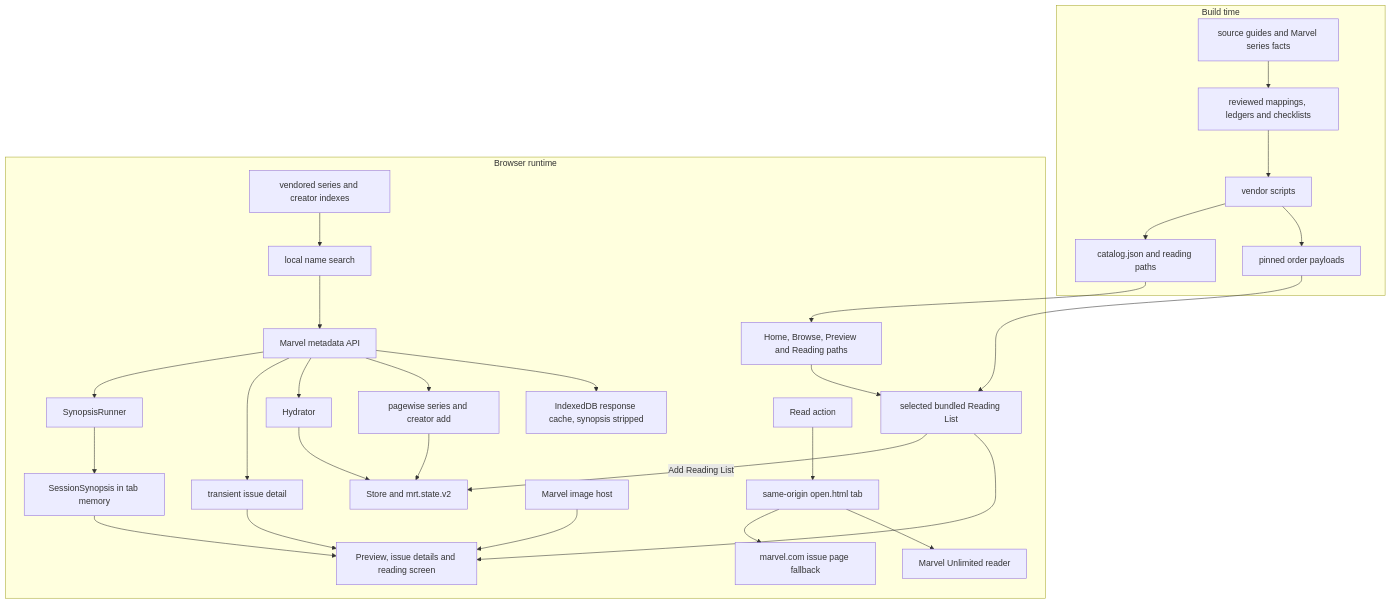
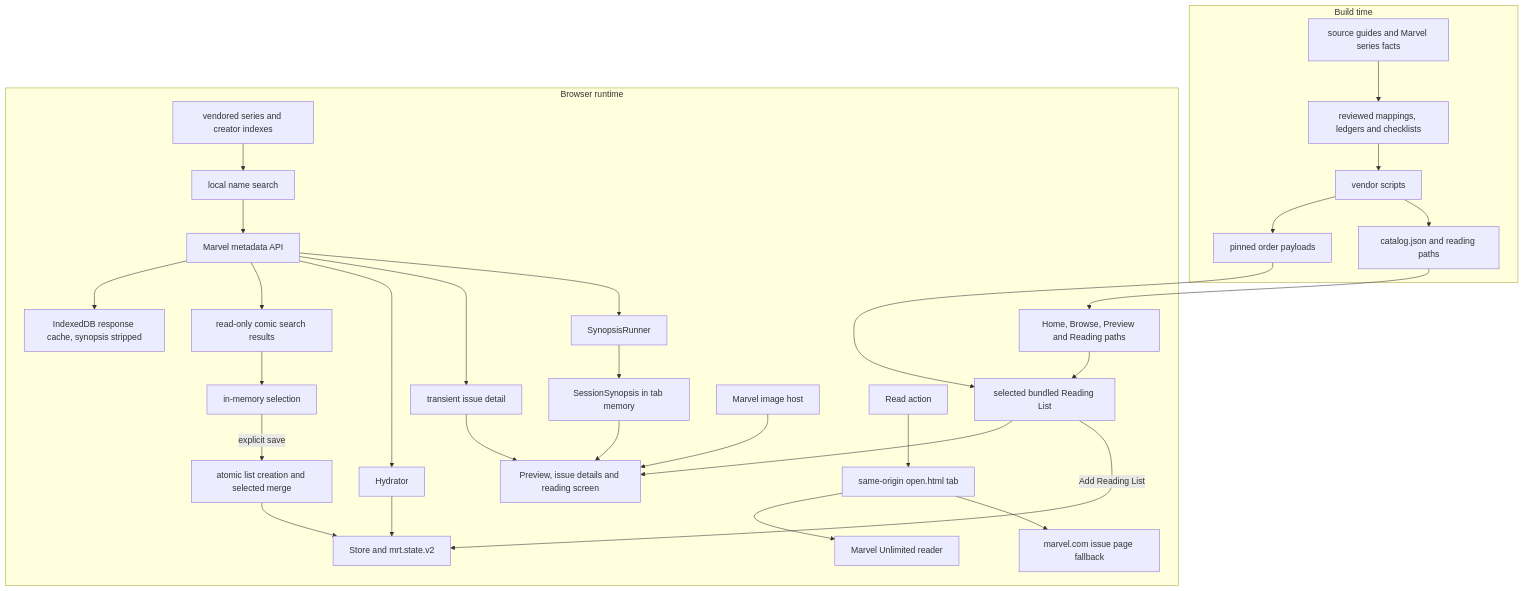
The third of 6 diagrams in docs/ARCHITECTURE.md (raymond-nassar/recap-page), drawn with Mermaid before and after one commit. The commit also changed other lines of this file and 18 other files, not shown here.

First line of the commit message:
feat(views): build Reading Lists from selected search results

````diff
--- a/docs/ARCHITECTURE.md
+++ b/docs/ARCHITECTURE.md
@@ -144,36 +144,38 @@
 ```mermaid
 flowchart TD
   subgraph build["Build time"]
     sources["source guides and Marvel series facts"] --> evidence["reviewed mappings, ledgers and checklists"]
     evidence --> vendor["vendor scripts"]
     vendor --> payloads["pinned order payloads"]
     vendor --> catalog["catalog.json and reading paths"]
   end
 
   subgraph browser["Browser runtime"]
     catalog --> browse["Home, Browse, Preview and Reading paths"]
     payloads --> preview["selected bundled Reading List"]
     browse --> preview
     preview --> screen["Preview, issue details and reading screen"]
     preview -->|"Add Reading List"| store["Store and mrt.state.v2"]
 
     indexes["vendored series and creator indexes"] --> add["local name search"]
     add --> api["Marvel metadata API"]
     api --> responseCache["IndexedDB response cache, synopsis stripped"]
-    api --> addWriter["pagewise series and creator add"]
+    api --> comicResults["read-only comic search results"]
+    comicResults --> selected["in-memory selection"]
+    selected -->|"explicit save"| addWriter["atomic list creation and selected merge"]
     addWriter --> store
     api --> hydrator["Hydrator"]
     hydrator --> store
     api --> details["transient issue detail"]
     details --> screen
 
     api --> synopsisRunner["SynopsisRunner"]
     synopsisRunner --> memory["SessionSynopsis in tab memory"]
     memory --> screen
 
     covers["Marvel image host"] --> screen
     read["Read action"] --> launch["same-origin open.html tab"]
     launch --> reader["Marvel Unlimited reader"]
     launch --> issuePage["marvel.com issue page fallback"]
   end
 ```
````
